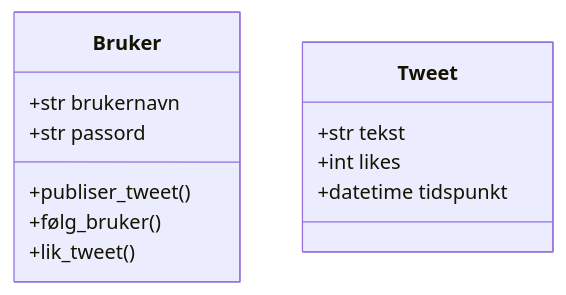
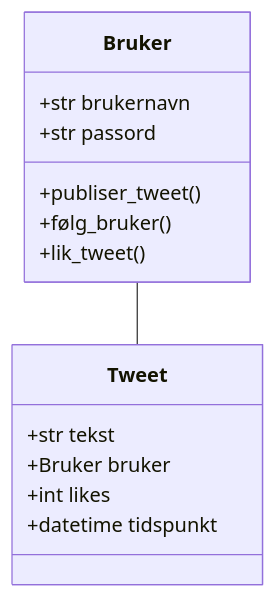
One commit to thorcc/it2-bok changed the second of 2 diagrams in src/content/docs/apputvikling/2-oom.mdx. Above: the diagram before and after it, drawn with Mermaid. The commit also changed other lines of this file, not shown here.

````diff
--- a/src/content/docs/apputvikling/2-oom.mdx
+++ b/src/content/docs/apputvikling/2-oom.mdx
@@ -80,15 +71,17 @@
 ```mermaid
 classDiagram
+    Bruker -- Tweet
     class Bruker{
         +str brukernavn
         +str passord
         +publiser_tweet()
         +følg_bruker()
         +lik_tweet()
     }
     class Tweet{
         +str tekst
+        +Bruker bruker
         +int likes
         +datetime tidspunkt
     }
 ```
````
